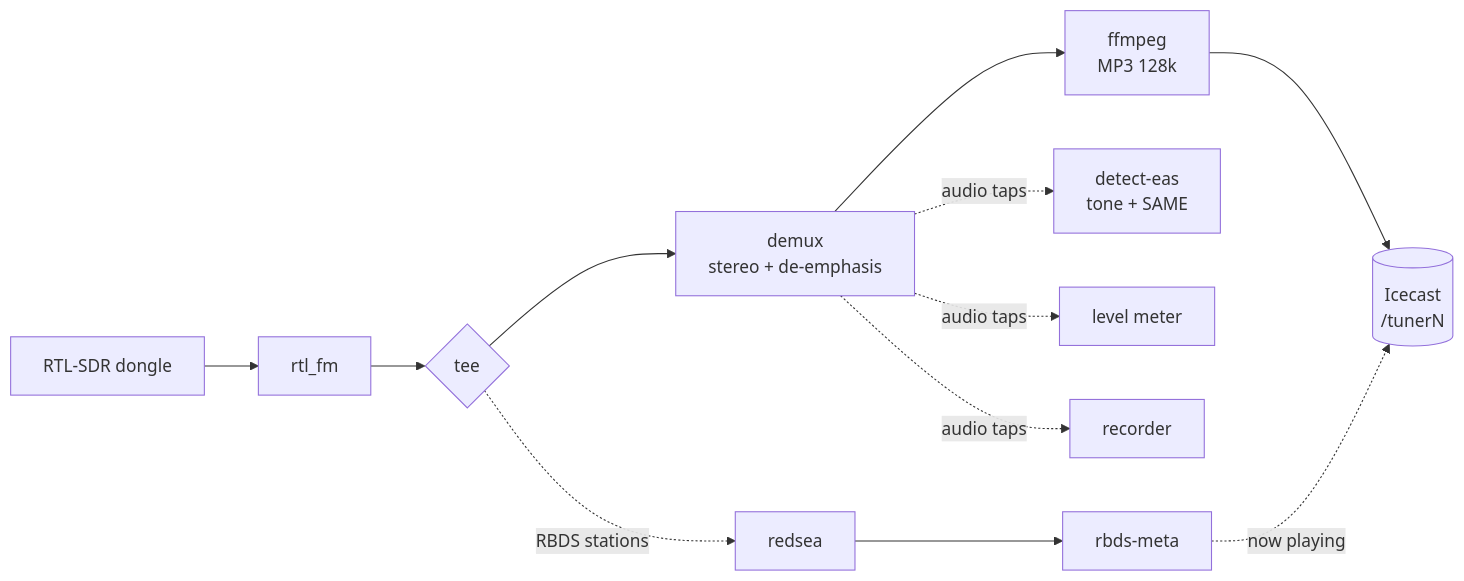
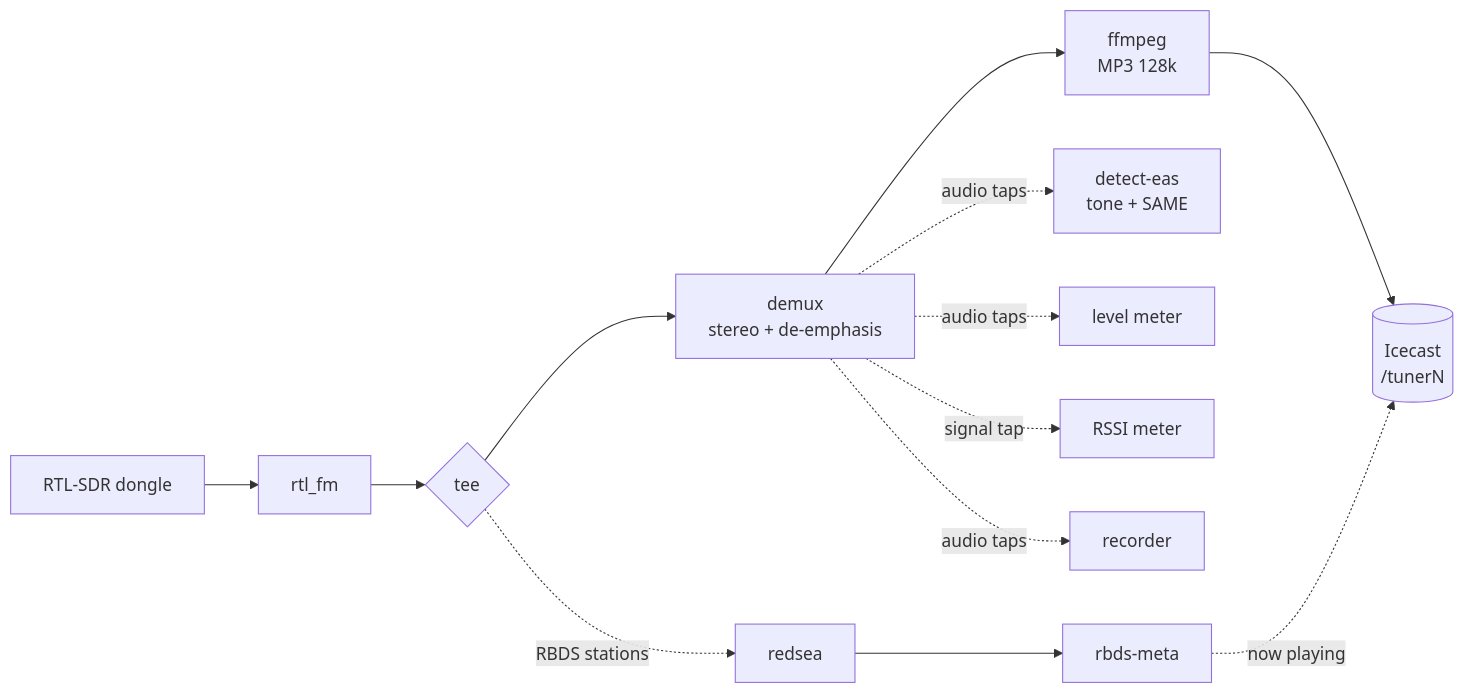
One commit to thetylerwoodwardproject/pi-tuner changed the diagram in docs/MANUAL.md. Above: the diagram before and after it, drawn with Mermaid. The commit also changed other lines of this file and 14 other files, not shown here.

First line of the commit message:
Add RSSI reception monitoring: rssi.log, Zabbix item/trigger, pituner signal

````diff
--- a/docs/MANUAL.md
+++ b/docs/MANUAL.md
@@ -52,14 +52,15 @@
 ```mermaid
 flowchart LR
     D[RTL-SDR dongle] --> R[rtl_fm]
     R --> T{tee}
     T --> S[demux<br>stereo + de-emphasis]
     S --> F[ffmpeg<br>MP3 128k]
     F --> I[(Icecast<br>/tunerN)]
     T -. RBDS stations .-> X[redsea]
     X --> M[rbds-meta]
     M -. now playing .-> I
     S -. audio taps .-> E[detect-eas<br>tone + SAME]
     S -. audio taps .-> L[level meter]
+    S -. signal tap .-> RS[RSSI meter]
     S -. audio taps .-> C[recorder]
 ```
````
